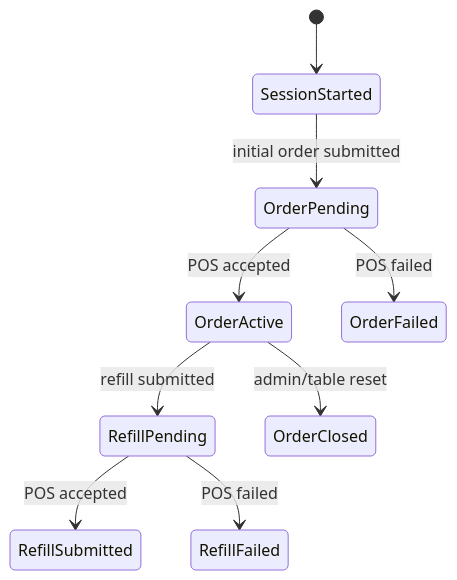
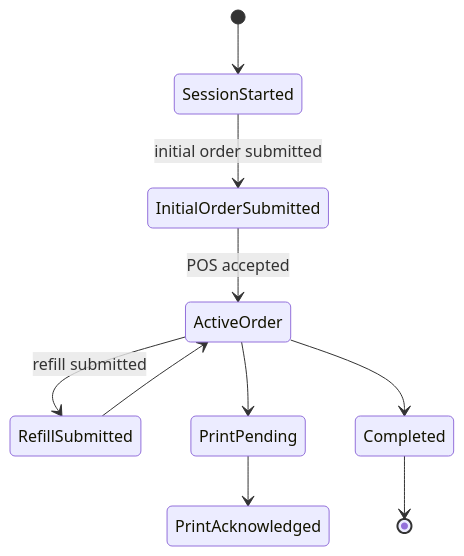
One commit to ryanpastorizadev-bit/woosoo-app changed the second of 2 diagrams in docs/CASE_FILE.md. Above: the diagram before and after it, drawn with Mermaid. The commit also changed other lines of this file, not shown here.

````diff
--- a/docs/CASE_FILE.md
+++ b/docs/CASE_FILE.md
@@ -39,11 +50,12 @@
 ```mermaid
 stateDiagram-v2
     [*] --> SessionStarted
-    SessionStarted --> OrderPending: initial order submitted
-    OrderPending --> OrderActive: POS accepted
-    OrderPending --> OrderFailed: POS failed
-    OrderActive --> RefillPending: refill submitted
-    RefillPending --> RefillSubmitted: POS accepted
-    RefillPending --> RefillFailed: POS failed
-    OrderActive --> OrderClosed: admin/table reset
+    SessionStarted --> InitialOrderSubmitted: initial order submitted
+    InitialOrderSubmitted --> ActiveOrder: POS accepted
+    ActiveOrder --> RefillSubmitted: refill submitted
+    RefillSubmitted --> ActiveOrder
+    ActiveOrder --> PrintPending
+    PrintPending --> PrintAcknowledged
+    ActiveOrder --> Completed
+    Completed --> [*]
 ```
````
